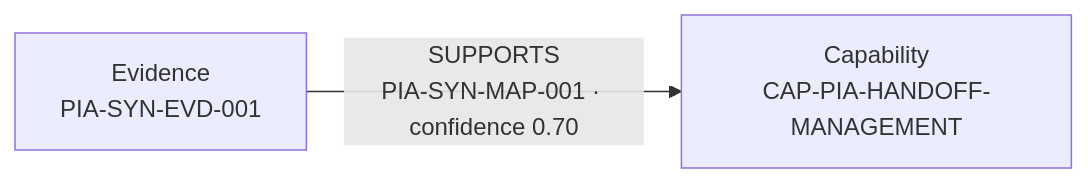
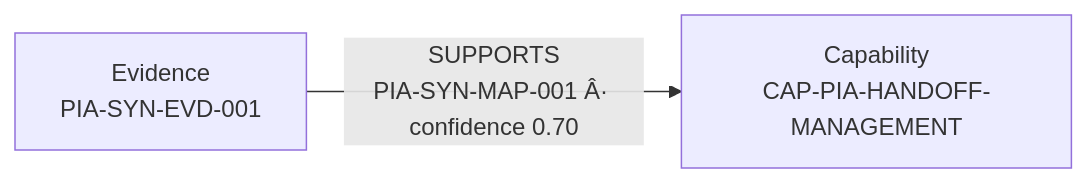
Before and after one commit to Dingus-McGuillacutty/OSI-PIA-clean: the second of 10 diagrams in docs/evidence/visualizations/LIVE_SANDBOX_GRAPH_TOUR.md, drawn with Mermaid. The commit also changed other lines of this file and 4 other files, not shown here.

````diff
--- a/docs/evidence/visualizations/LIVE_SANDBOX_GRAPH_TOUR.md
+++ b/docs/evidence/visualizations/LIVE_SANDBOX_GRAPH_TOUR.md
@@ -36,6 +36,6 @@
 ```mermaid
 flowchart LR
   E["Evidence\nPIA-SYN-EVD-001"]
   C["Capability\nCAP-PIA-HANDOFF-MANAGEMENT"]
-  E -->|SUPPORTS\nPIA-SYN-MAP-001 · confidence 0.70| C
+  E -->|SUPPORTS\nPIA-SYN-MAP-001 Â· confidence 0.70| C
 ```
````
